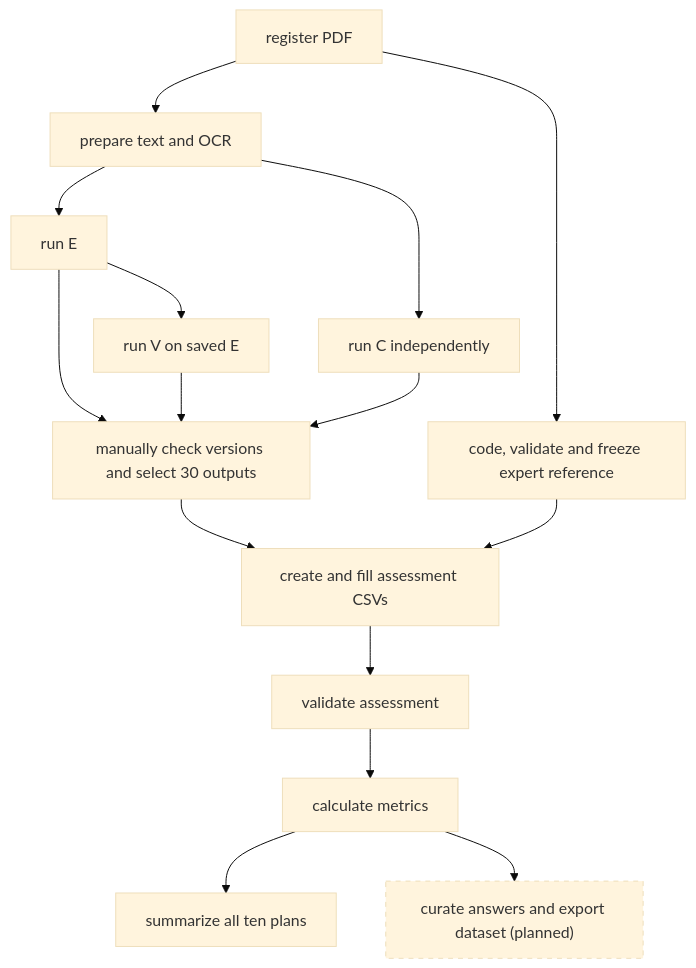
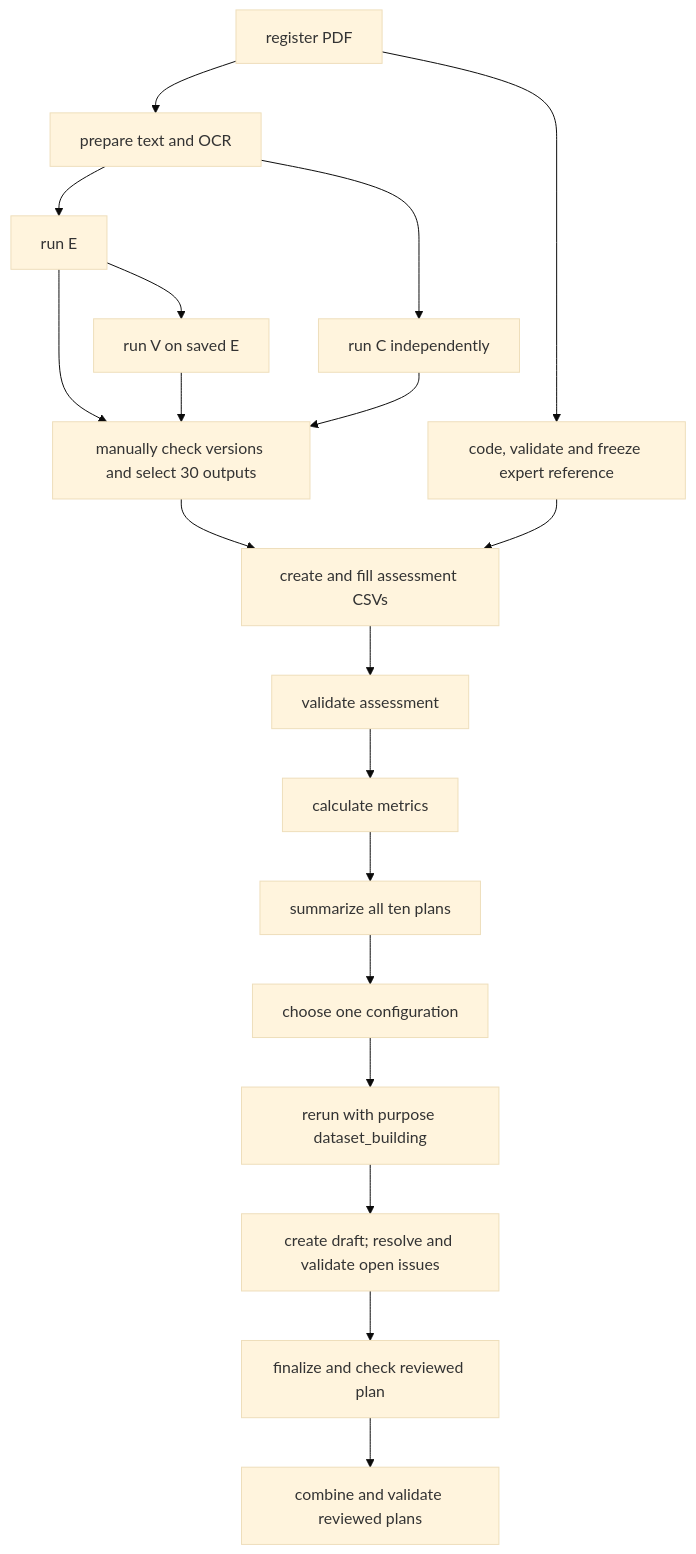
The diagram in README.md (nabigac/heat_adaptation_llm_dataset), drawn with Mermaid (base theme) before and after one commit. The commit also changed other lines of this file and 87 other files, not shown here.

First line of the commit message:
Complete comparison and dataset-building workflows

````diff
--- a/README.md
+++ b/README.md
@@ -34,20 +36,21 @@
 ```mermaid
 flowchart TD
     pdf["register PDF"] --> prepare["prepare text and OCR"]
     prepare --> extraction["run E"]
     extraction --> verification["run V on saved E"]
     prepare --> collaboration["run C independently"]
     pdf --> reference["code, validate and freeze expert reference"]
     extraction --> selection["manually check versions and select 30 outputs"]
     verification --> selection
     collaboration --> selection
     selection --> assessment["create and fill assessment CSVs"]
     reference --> assessment
     assessment --> validation["validate assessment"]
     validation --> metrics["calculate metrics"]
     metrics --> summary["summarize all ten plans"]
-    metrics --> curation["curate answers and export dataset (planned)"]
-
-    classDef planned stroke-dasharray:5 5;
-    class curation planned;
+    summary --> chosen["choose one configuration"]
+    chosen --> building["rerun with purpose dataset_building"]
+    building --> review["create draft; resolve and validate open issues"]
+    review --> reviewed["finalize and check reviewed plan"]
+    reviewed --> dataset["combine and validate reviewed plans"]
 ```
````
